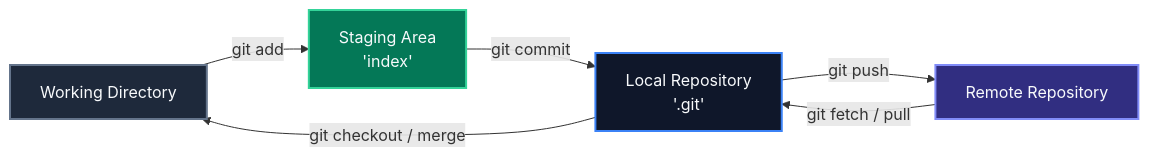
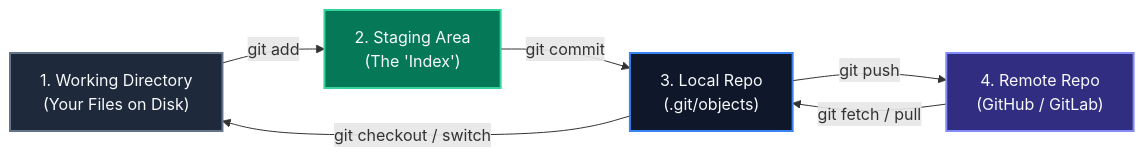
Before and after one commit to ravishankar2463/java_hub: the second of 6 diagrams in content/roadmap/level-0/git-version-control.md, drawn with Mermaid. The commit also changed other lines of this file, not shown here.

Commit message:
docs(level-0): rewrite git and version control with human-first voice

````diff
--- a/content/roadmap/level-0/git-version-control.md
+++ b/content/roadmap/level-0/git-version-control.md
@@ -20,13 +51,13 @@
 ```mermaid
 flowchart LR
-    WD[Working Directory] -->|git add| SA[Staging Area<br/>'index']
-    SA -->|git commit| LR[Local Repository<br/>'.git']
-    LR -->|git push| RR[Remote Repository]
-    RR -->|git fetch / pull| LR
-    LR -->|git checkout / merge| WD
+    WD["1. Working Directory<br/>(Your Files on Disk)"] -->|"git add"| SA["2. Staging Area<br/>(The 'Index')"]
+    SA -->|"git commit"| LR["3. Local Repo<br/>(.git/objects)"]
+    LR -->|"git push"| RR["4. Remote Repo<br/>(GitHub / GitLab)"]
+    RR -->|"git fetch / pull"| LR
+    LR -->|"git checkout / switch"| WD
     
     style WD fill:#1e293b,stroke:#64748b,stroke-width:2px,color:#f8fafc
     style SA fill:#047857,stroke:#34d399,stroke-width:2px,color:#f8fafc
     style LR fill:#0f172a,stroke:#3b82f6,stroke-width:2px,color:#f8fafc
     style RR fill:#312e81,stroke:#818cf8,stroke-width:2px,color:#f8fafc
 ```
````
